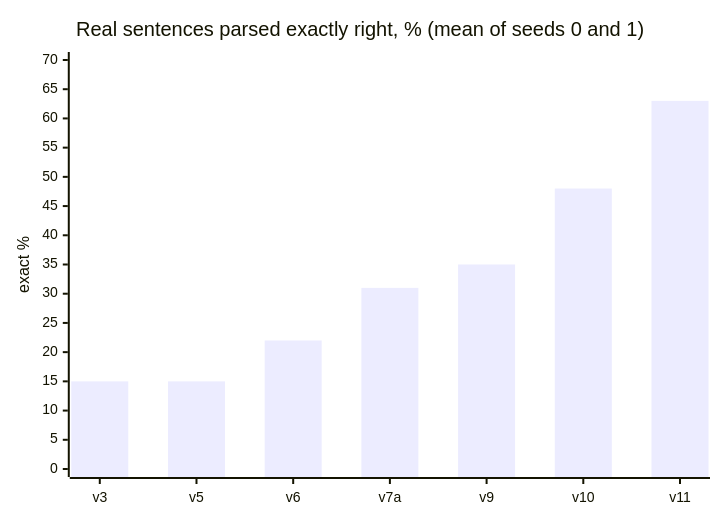
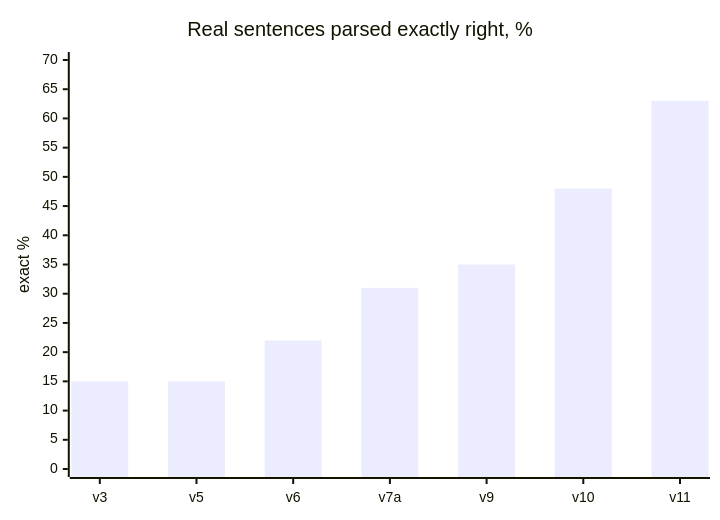
One commit to smashburger-dev/synthexis changed the diagram in README.md. Above: the diagram before and after it, drawn with Mermaid. The commit also changed other lines of this file and 1 other file, not shown here.

````diff
--- a/README.md
+++ b/README.md
@@ -186,7 +137,7 @@
 ```mermaid
 xychart-beta
-    title "Real sentences parsed exactly right, % (mean of seeds 0 and 1)"
+    title "Real sentences parsed exactly right, %"
     x-axis [v3, v5, v6, v7a, v9, v10, v11]
     y-axis "exact %" 0 --> 70
     bar [15, 15, 22, 31, 35, 48, 63]
 ```
````
